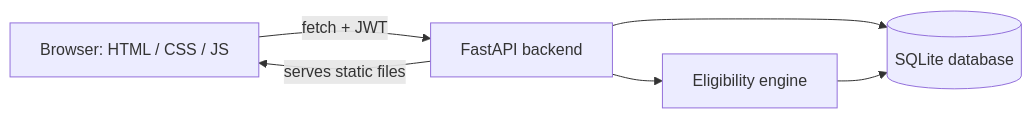
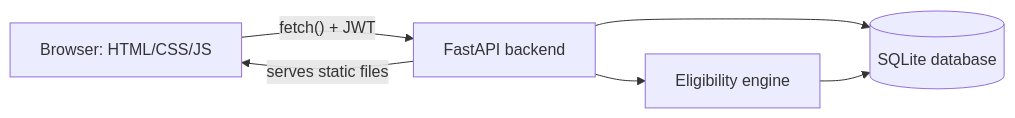
The diagram in README.md (sunainaballary957-cmyk/student-placement-management-system), drawn with Mermaid before and after one commit. The commit also changed other lines of this file and 17 other files, not shown here.

````diff
--- a/README.md
+++ b/README.md
@@ -61,8 +27,8 @@
 ```mermaid
 flowchart LR
-    A[Browser: HTML / CSS / JS] -- fetch + JWT --> B[FastAPI backend]
+    A[Browser: HTML/CSS/JS] -- fetch() + JWT --> B[FastAPI backend]
     B --> C[Eligibility engine]
     B --> D[(SQLite database)]
     C --> D
     B -- serves static files --> A
 ```
````
